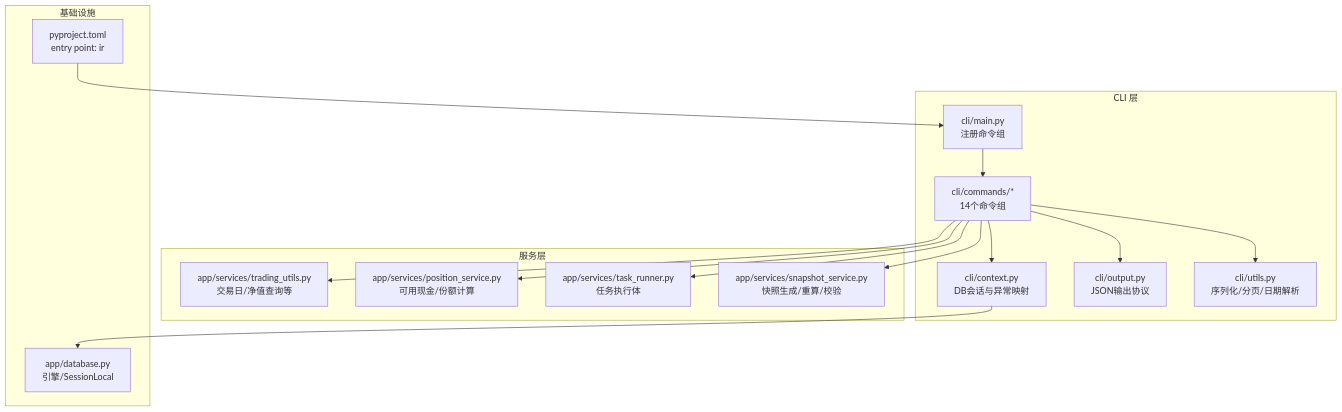
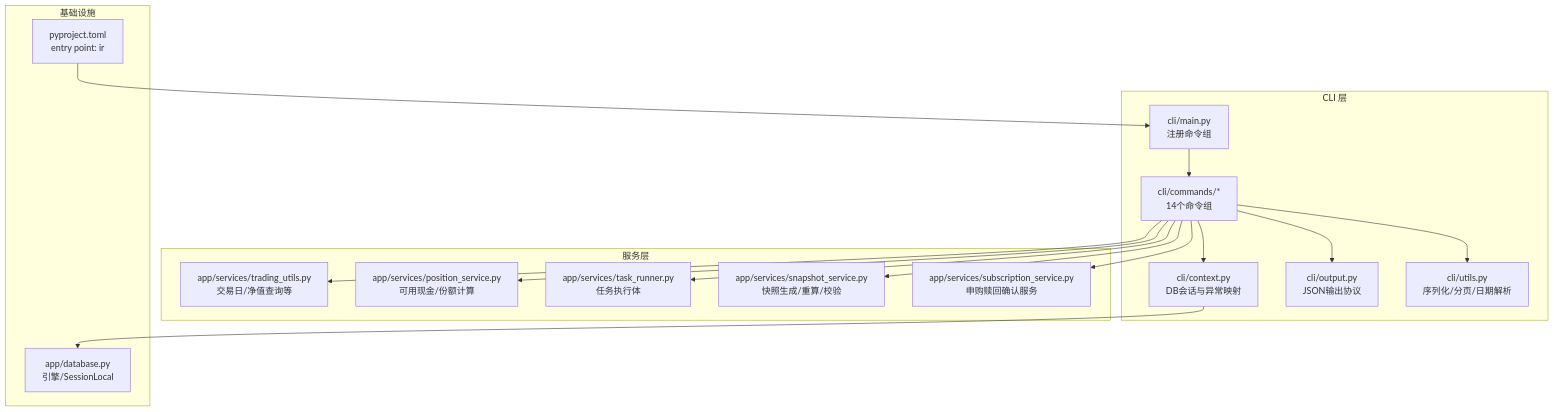
One commit to gujialind/InvestRing changed the first of 9 diagrams in .qoder/repowiki/zh/content/开发指南/InvestRing Admin CLI 工具.md. Above: the diagram before and after it, drawn with Mermaid. The commit also changed other lines of this file and 39 other files, not shown here.

````diff
--- a/.qoder/repowiki/zh/content/开发指南/InvestRing Admin CLI 工具.md
+++ b/.qoder/repowiki/zh/content/开发指南/InvestRing Admin CLI 工具.md
@@ -40,30 +51,32 @@
 ```mermaid
 graph TB
 subgraph "CLI 层"
 M["cli/main.py<br/>注册命令组"]
 Ctx["cli/context.py<br/>DB会话与异常映射"]
 Out["cli/output.py<br/>JSON输出协议"]
 Utl["cli/utils.py<br/>序列化/分页/日期解析"]
 Cmds["cli/commands/*<br/>14个命令组"]
 end
 subgraph "服务层"
 TU["app/services/trading_utils.py<br/>交易日/净值查询等"]
 PS["app/services/position_service.py<br/>可用现金/份额计算"]
 TR["app/services/task_runner.py<br/>任务执行体"]
 SS["app/services/snapshot_service.py<br/>快照生成/重算/校验"]
+SUBS["app/services/subscription_service.py<br/>申购赎回确认服务"]
 end
 subgraph "基础设施"
 DB["app/database.py<br/>引擎/SessionLocal"]
 PY["pyproject.toml<br/>entry point: ir"]
 end
 M --> Cmds
 Cmds --> Ctx
 Ctx --> DB
 Cmds --> Out
 Cmds --> Utl
 Cmds --> TU
 Cmds --> PS
 Cmds --> TR
 Cmds --> SS
+Cmds --> SUBS
 PY --> M
 ```
````
